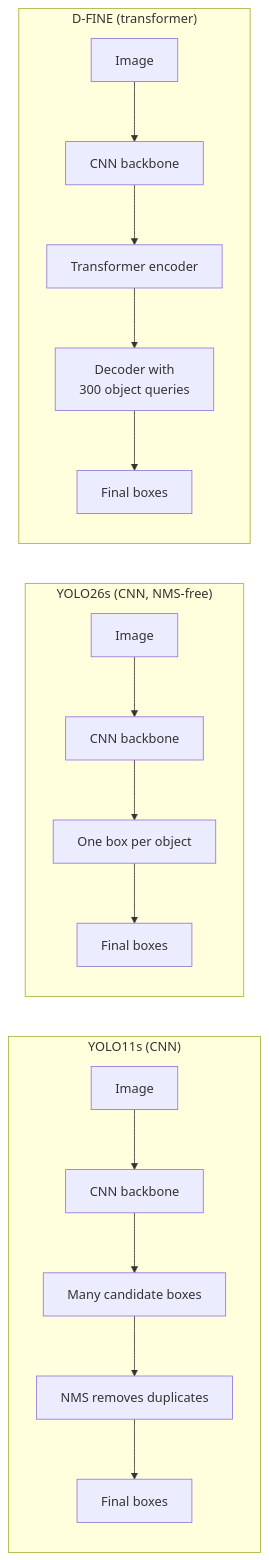
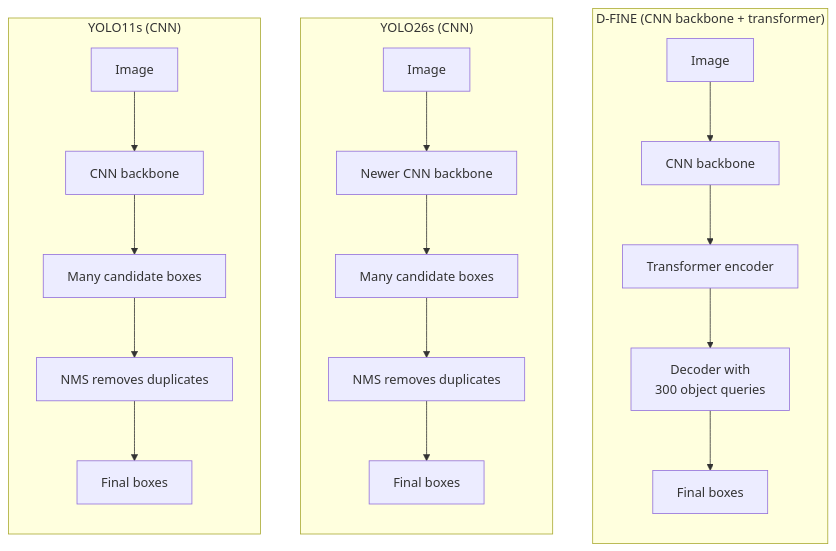
One commit to fnmoral/skyscout-small-object-detection-yolo-vs-dfine-visdrone changed the second of 8 diagrams in README.md. Above: the diagram before and after it, drawn with Mermaid. The commit also changed other lines of this file and 5 other files, not shown here.

First line of the commit message:
Docs: CNN vs DETR-family framing, scope, YOLO26s run with NMS, model order

````diff
--- a/README.md
+++ b/README.md
@@ -58,15 +62,17 @@
 ```mermaid
 flowchart LR
     subgraph YOLO["YOLO11s (CNN)"]
         direction TB
         y1[Image] --> y2[CNN backbone] --> y3[Many candidate boxes] --> y4[NMS removes duplicates] --> y5[Final boxes]
     end
-    subgraph Y26["YOLO26s (CNN, NMS-free)"]
+    subgraph Y26["YOLO26s (CNN)"]
         direction TB
-        n1[Image] --> n2[CNN backbone] --> n3[One box per object] --> n5[Final boxes]
+        n1[Image] --> n2[Newer CNN backbone] --> n3[Many candidate boxes] --> n4[NMS removes duplicates] --> n5[Final boxes]
     end
-    subgraph DF["D-FINE (transformer)"]
+    subgraph DF["D-FINE (CNN backbone + transformer)"]
         direction TB
         d1[Image] --> d2[CNN backbone] --> d3[Transformer encoder] --> d4[Decoder with<br/>300 object queries] --> d5[Final boxes]
     end
+    %% invisible links keep the order YOLO11s, YOLO26s, D-FINE from left to right
+    YOLO ~~~ Y26 ~~~ DF
 ```
````
